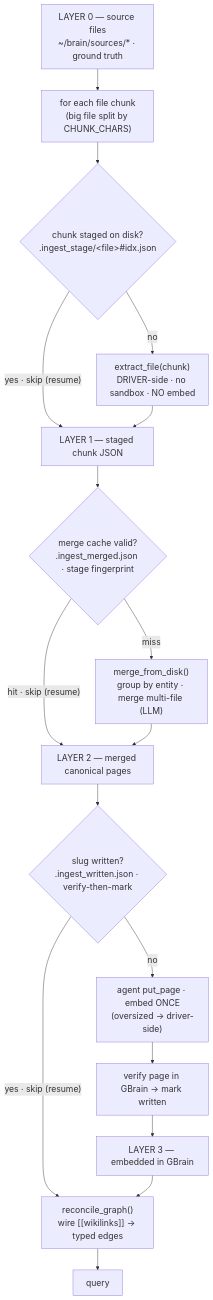
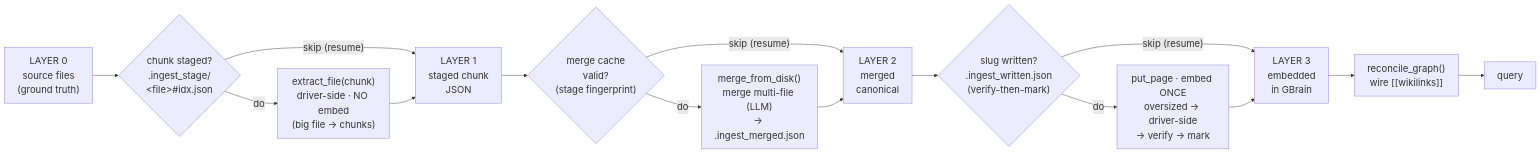
The fourth of 4 diagrams in Week 3.5.96 - Self-Wiring Memory (GBrain).md (shaneliuyx/agent-development-curriculum), drawn with Mermaid before and after one commit. The commit also changed other lines of this file, not shown here.

Commit message:
docs(w3.5.96): Phase 8 diagram TD→LR to use horizontal space
The TD layered diagram rendered as a tall narrow strip (2/3 page empty). Switch to
flowchart LR (layer spine left→right, work nodes drop below each checkpoint) +
useMaxWidth:false so it renders at native width. Same 4 layers + 3 skip/do
checkpoints, fewer words per node.

````diff
--- a/Week 3.5.96 - Self-Wiring Memory (GBrain).md
+++ b/Week 3.5.96 - Self-Wiring Memory (GBrain).md
@@ -1104,21 +1104,17 @@
 ```mermaid
-%%{init: {'theme':'default', 'themeVariables': {'fontSize':'20px'}}}%%
-flowchart TD
-  L0["LAYER 0 — source files<br/>~/brain/sources/* · ground truth"]
-  L0 --> LOOP["for each file chunk<br/>(big file split by CHUNK_CHARS)"]
-  LOOP --> C1{"chunk staged on disk?<br/>.ingest_stage/&lt;file&gt;#idx.json"}
-  C1 -->|"yes · skip (resume)"| L1
-  C1 -->|"no"| EX["extract_file(chunk)<br/>DRIVER-side · no sandbox · NO embed"]
-  EX --> L1["LAYER 1 — staged chunk JSON"]
-  L1 --> C2{"merge cache valid?<br/>.ingest_merged.json · stage fingerprint"}
-  C2 -->|"hit · skip (resume)"| L2
-  C2 -->|"miss"| MG["merge_from_disk()<br/>group by entity · merge multi-file (LLM)"]
-  MG --> L2["LAYER 2 — merged canonical pages"]
-  L2 --> C3{"slug written?<br/>.ingest_written.json · verify-then-mark"}
-  C3 -->|"yes · skip (resume)"| RC
-  C3 -->|"no"| PUT["agent put_page · embed ONCE<br/>(oversized → driver-side)"]
-  PUT --> VER["verify page in GBrain → mark written"]
-  VER --> L3["LAYER 3 — embedded in GBrain"]
-  L3 --> RC["reconcile_graph()<br/>wire [[wikilinks]] → typed edges"]
-  RC --> Q["query"]
+%%{init: {'theme':'default', 'themeVariables': {'fontSize':'22px'}, 'flowchart':{'useMaxWidth':false, 'nodeSpacing':45, 'rankSpacing':60}}}%%
+flowchart LR
+  L0["LAYER 0<br/>source files<br/>(ground truth)"] --> C1{"chunk staged?<br/>.ingest_stage/<br/>&lt;file&gt;#idx.json"}
+  C1 -->|"skip (resume)"| L1["LAYER 1<br/>staged chunk<br/>JSON"]
+  C1 -->|"do"| EX["extract_file(chunk)<br/>driver-side · NO embed<br/>(big file → chunks)"]
+  EX --> L1
+  L1 --> C2{"merge cache<br/>valid?<br/>(stage fingerprint)"}
+  C2 -->|"skip (resume)"| L2["LAYER 2<br/>merged<br/>canonical"]
+  C2 -->|"do"| MG["merge_from_disk()<br/>merge multi-file (LLM)<br/>→ .ingest_merged.json"]
+  MG --> L2
+  L2 --> C3{"slug written?<br/>.ingest_written.json<br/>(verify-then-mark)"}
+  C3 -->|"skip (resume)"| L3["LAYER 3<br/>embedded<br/>in GBrain"]
+  C3 -->|"do"| PUT["put_page · embed ONCE<br/>oversized → driver-side<br/>→ verify → mark"]
+  PUT --> L3
+  L3 --> RC["reconcile_graph()<br/>wire [[wikilinks]]"] --> Q["query"]
 ```
````
